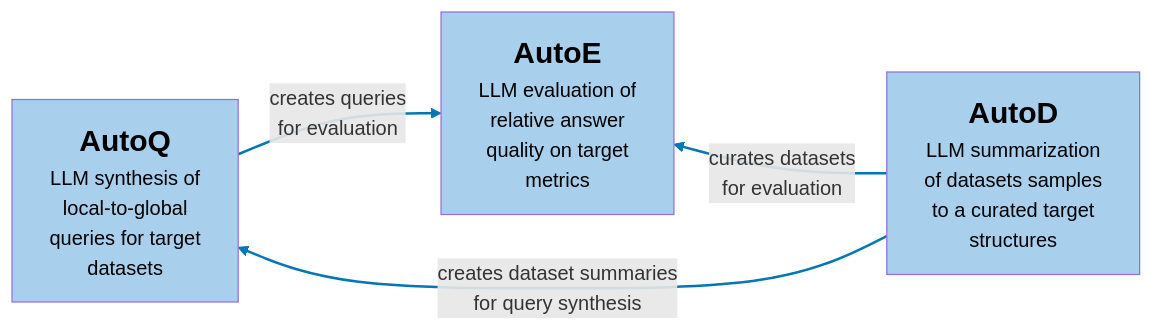
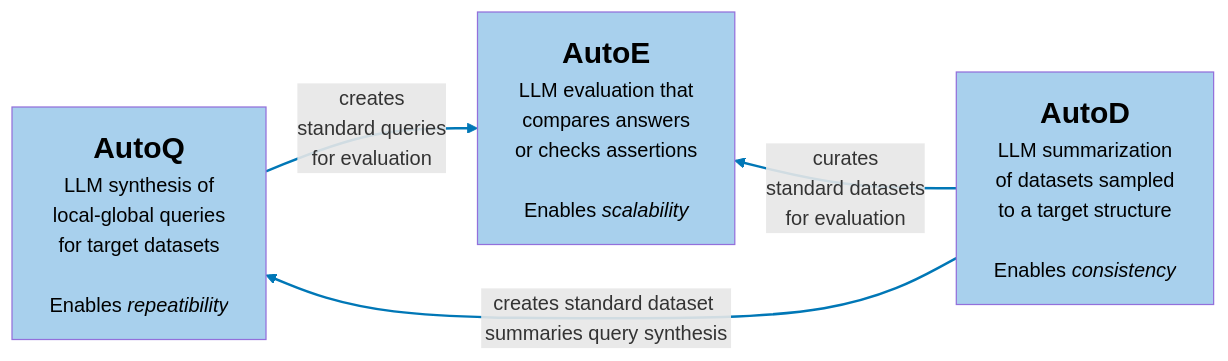
The diagram in README.md (microsoft/benchmark-qed), drawn with Mermaid before and after one commit. The commit also changed 2 other files, not shown here.

Commit message:
Update charts, fix typo

````diff
--- a/README.md
+++ b/README.md
@@ -20,13 +20,13 @@
 ```mermaid
 flowchart LR
-    AutoQ["<span style='font-size:1.5em; color:black'><b>AutoQ</b></span><br>LLM synthesis of<br>local-to-global<br>queries for target<br>datasets"] -- creates queries <br>for evaluation --> AutoE["<span style='font-size:1.5em; color:black'><b>AutoE</b></span><br>LLM evaluation of<br>relative answer <br>quality on target <br>metrics"]
-    AutoE ~~~ AutoD["<span style='font-size:1.5em; color:black'><b>AutoD</b></span><br>LLM summarization<br>of datasets samples<br>to a curated target<br>structures"]
-    AutoD -- curates datasets <br>for evaluation --> AutoE
-    AutoD -- creates dataset summaries <br>for query synthesis --> AutoQ
+    AutoQ["<span style='font-size:1.5em; color:black'><b>AutoQ</b></span><br>LLM synthesis of<br>local-global queries<br>for target datasets<br><br>Enables <i>repeatibility<i>"] -- creates<br>standard queries<br>for evaluation --> AutoE["<span style='font-size:1.5em; color:black'><b>AutoE</b></span><br>LLM evaluation that<br>compares answers<br>or checks assertions<br><br> Enables <i>scalability"]
+    AutoE ~~~ AutoD["<span style='font-size:1.5em; color:black'><b>AutoD</b></span><br>LLM summarization<br>of datasets sampled<br>to a target structure <br><br> Enables <i>consistency"]
+    AutoD -- curates<br>standard datasets <br> for evaluation --> AutoE
+    AutoD -- creates standard dataset summaries query synthesis --> AutoQ
     style AutoQ fill:#a8d0ed,color:black,font-weight:normal
     style AutoE fill:#a8d0ed,color:black,font-weight:normal
     style AutoD fill:#a8d0ed,color:black,font-weight:normal
     linkStyle 0 stroke:#0077b6,stroke-width:2px
     linkStyle 2 stroke:#0077b6,stroke-width:2px
     linkStyle 3 stroke:#0077b6,stroke-width:2px
 ```
````
